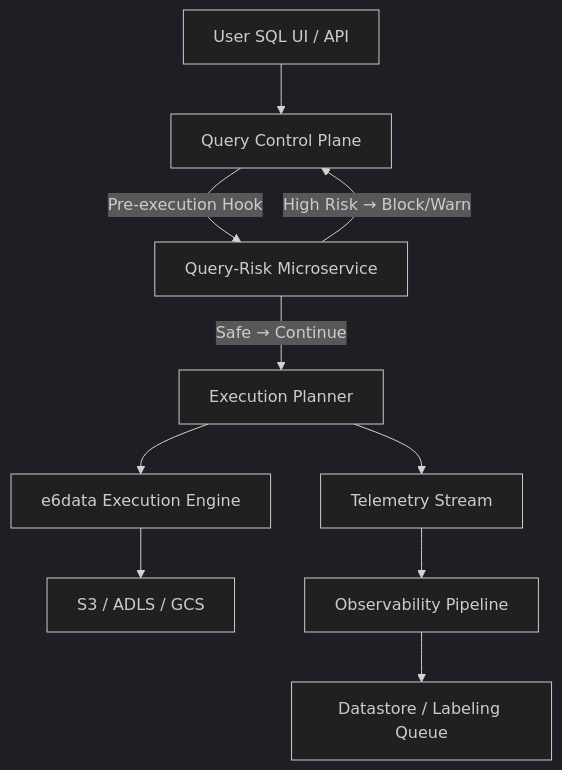
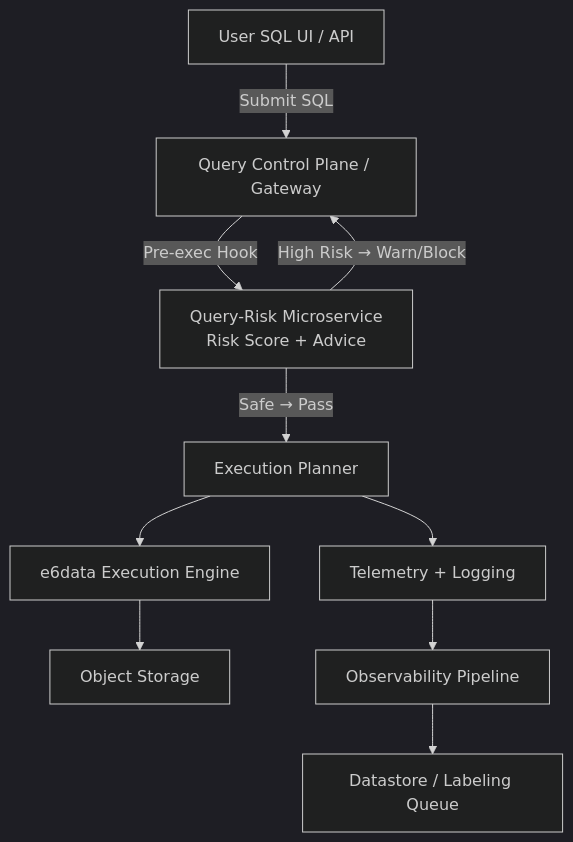
Before and after one commit to SIDDHARTH-PADIGAR/Query_Risk_PoC: the second of 3 diagrams in README.md, drawn with Mermaid. The commit also changed other lines of this file, not shown here.

````diff
--- a/README.md
+++ b/README.md
@@ -93,27 +68,28 @@
 ```mermaid
 %%{init: {'theme':'dark'}}%%
 graph TB
     User[User SQL UI / API]
-    Gateway[Query Control Plane]
-    Risk[Query-Risk Microservice]
+    Gateway[Query Control Plane / Gateway]
+    Risk[Query-Risk Microservice<br/>Risk Score + Advice]
+    
     Planner[Execution Planner]
     Engine[e6data Execution Engine]
-    Storage[S3 / ADLS / GCS]
+    Storage[Object Storage]
 
-    Telemetry[Telemetry Stream]
+    Telemetry[Telemetry + Logging]
     Obs[Observability Pipeline]
-    DS[Datastore / Labeling Queue]
-
-    User --> Gateway
-    Gateway -->|Pre-execution Hook| Risk
-
-    Risk -->|High Risk → Block/Warn| Gateway
-    Risk -->|Safe → Continue| Planner
-
+    Data[Datastore / Labeling Queue]
+    
+    User -->|Submit SQL| Gateway
+    Gateway -->|Pre-exec Hook| Risk
+    
+    Risk -->|High Risk → Warn/Block| Gateway
+    Risk -->|Safe → Pass| Planner
+    
     Planner --> Engine
     Engine --> Storage
-
+    
     Planner --> Telemetry
     Telemetry --> Obs
-    Obs --> DS
+    Obs --> Data
 ```
````
